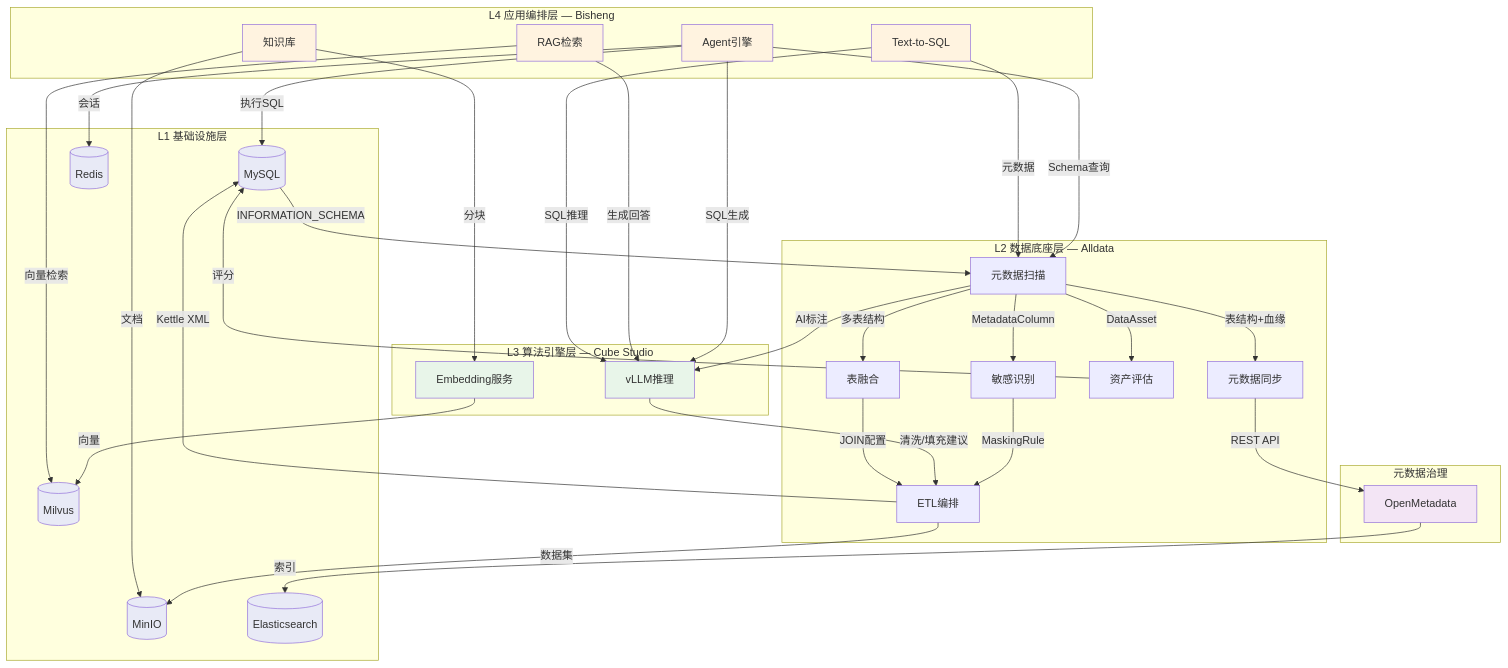
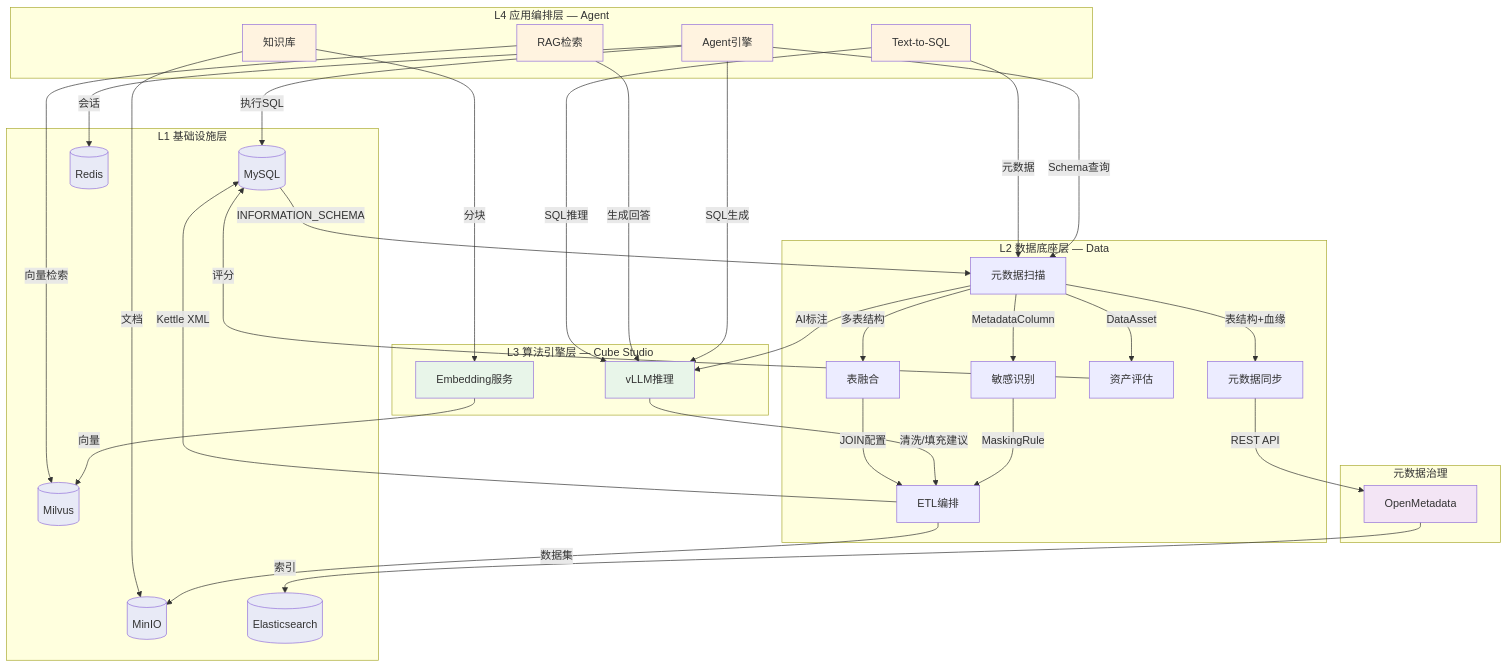
Before and after one commit to iannil/one-data-studio: the fourth of 4 diagrams in docs/02-integration/sequence-diagrams.md, drawn with Mermaid. The commit also changed other lines of this file and 228 other files, not shown here.

````diff
--- a/docs/02-integration/sequence-diagrams.md
+++ b/docs/02-integration/sequence-diagrams.md
@@ -493,76 +493,76 @@
 ```mermaid
 graph TB
     subgraph "L1 基础设施层"
         MySQL[(MySQL)]
         MinIO[(MinIO)]
         Milvus[(Milvus)]
         ES[(Elasticsearch)]
         Redis[(Redis)]
     end
 
     subgraph "元数据治理"
         OM[OpenMetadata]
     end
 
-    subgraph "L2 数据底座层 — Alldata"
+    subgraph "L2 数据底座层 — Data"
         Scan[元数据扫描]
         Sens[敏感识别]
         ETL[ETL编排]
         Sync[元数据同步]
         Asset[资产评估]
         Fusion[表融合]
     end
 
     subgraph "L3 算法引擎层 — Cube Studio"
         vLLM[vLLM推理]
         Embed[Embedding服务]
     end
 
-    subgraph "L4 应用编排层 — Bisheng"
+    subgraph "L4 应用编排层 — Agent"
         Agent[Agent引擎]
         RAG[RAG检索]
         T2S[Text-to-SQL]
         KB[知识库]
     end
 
     MySQL -->|INFORMATION_SCHEMA| Scan
     Scan -->|AI标注| vLLM
     Scan -->|MetadataColumn| Sens
     Sens -->|MaskingRule| ETL
     vLLM -->|清洗/填充建议| ETL
     ETL -->|Kettle XML| MySQL
     ETL -->|数据集| MinIO
     Scan -->|表结构+血缘| Sync
     Sync -->|REST API| OM
     OM -->|索引| ES
     Scan -->|DataAsset| Asset
     Asset -->|评分| MySQL
     Scan -->|多表结构| Fusion
     Fusion -->|JOIN配置| ETL
 
     KB -->|文档| MinIO
     KB -->|分块| Embed
     Embed -->|向量| Milvus
 
     Agent -->|Schema查询| Scan
     Agent -->|SQL生成| vLLM
     Agent -->|执行SQL| MySQL
     RAG -->|向量检索| Milvus
     RAG -->|生成回答| vLLM
     T2S -->|元数据| Scan
     T2S -->|SQL推理| vLLM
     Agent -->|会话| Redis
 
     style MySQL fill:#e8eaf6
     style MinIO fill:#e8eaf6
     style Milvus fill:#e8eaf6
     style ES fill:#e8eaf6
     style Redis fill:#e8eaf6
     style OM fill:#f3e5f5
     style vLLM fill:#e8f5e9
     style Embed fill:#e8f5e9
     style Agent fill:#fff3e0
     style RAG fill:#fff3e0
     style T2S fill:#fff3e0
     style KB fill:#fff3e0
 ```
````
